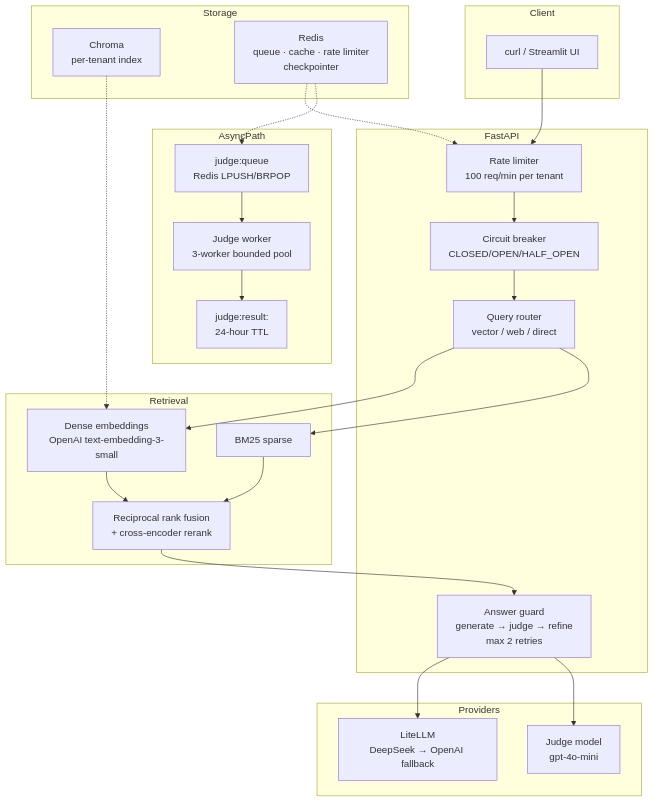
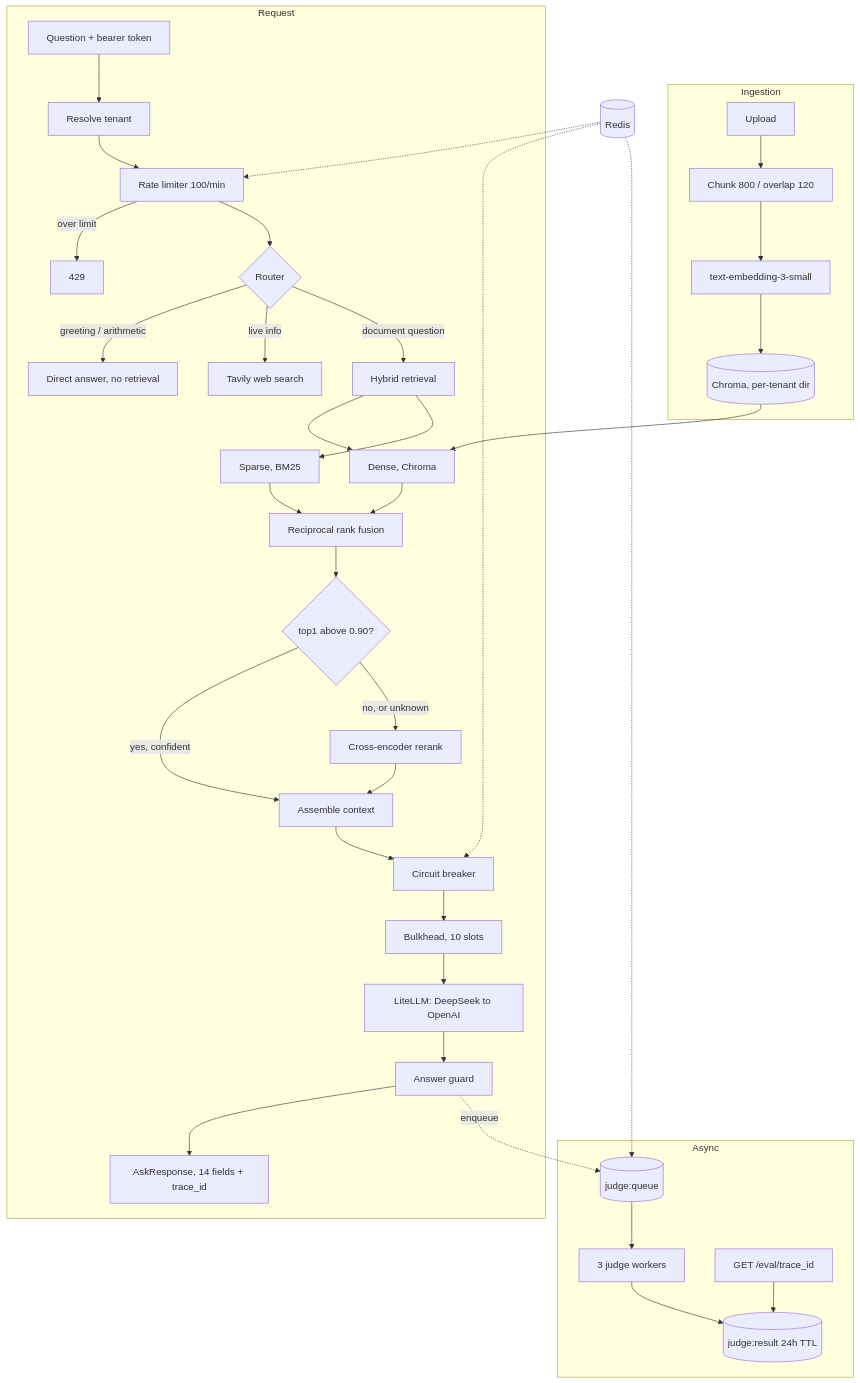
One commit to Amith-Ganta/tessera-multi-tenant-rag changed the first of 8 diagrams in README.md. Above: the diagram before and after it, drawn with Mermaid. The commit also changed other lines of this file, not shown here.

````diff
--- a/README.md
+++ b/README.md
@@ -25,46 +73,46 @@
 ```mermaid
-graph TB
-    subgraph Client
-        CL["curl / Streamlit UI"]
+flowchart TD
+    subgraph Ingestion
+        UP[Upload] --> CHK[Chunk 800 / overlap 120]
+        CHK --> EMB[text-embedding-3-small]
+        EMB --> CX[(Chroma, per-tenant dir)]
     end
 
-    subgraph FastAPI
-        RL["Rate limiter\n100 req/min per tenant"]
-        CB["Circuit breaker\nCLOSED/OPEN/HALF_OPEN"]
-        RT["Query router\nvector / web / direct"]
-        GRD["Answer guard\ngenerate → judge → refine\nmax 2 retries"]
+    subgraph Request
+        Q[Question + bearer token] --> TEN[Resolve tenant]
+        TEN --> RL[Rate limiter 100/min]
+        RL -->|over limit| R429[429]
+        RL --> RT{Router}
+        RT -->|greeting / arithmetic| DIR[Direct answer, no retrieval]
+        RT -->|live info| WEB[Tavily web search]
+        RT -->|document question| HY[Hybrid retrieval]
+
+        HY --> DEN[Dense, Chroma]
+        HY --> SPA[Sparse, BM25]
+        DEN --> RRF[Reciprocal rank fusion]
+        SPA --> RRF
+        CX --> DEN
+
+        RRF --> GATE{top1 above 0.90?}
+        GATE -->|yes, confident| CTX[Assemble context]
+        GATE -->|no, or unknown| CE[Cross-encoder rerank]
+        CE --> CTX
+
+        CTX --> CB[Circuit breaker]
+        CB --> BH[Bulkhead, 10 slots]
+        BH --> GEN[LiteLLM: DeepSeek to OpenAI]
+        GEN --> GRD[Answer guard]
+        GRD --> RESP[AskResponse, 14 fields + trace_id]
     end
 
-    subgraph Retrieval
-        DENSE["Dense embeddings\nOpenAI text-embedding-3-small"]
-        BM25["BM25 sparse"]
-        RR["Reciprocal rank fusion\n+ cross-encoder rerank"]
+    subgraph Async
+        GRD -.enqueue.-> JQ[(judge:queue)]
+        JQ --> JW[3 judge workers]
+        JW --> JR[(judge:result 24h TTL)]
+        EV[GET /eval/trace_id] --> JR
     end
 
-    subgraph Storage
-        CHROMA["Chroma\nper-tenant index"]
-        REDIS["Redis\nqueue · cache · rate limiter\ncheckpointer"]
-    end
-
-    subgraph Providers
-        LLM["LiteLLM\nDeepSeek → OpenAI fallback"]
-        JUDGE["Judge model\ngpt-4o-mini"]
-    end
-
-    subgraph AsyncPath
-        JQ["judge:queue\nRedis LPUSH/BRPOP"]
-        JW["Judge worker\n3-worker bounded pool"]
-        RS["judge:result:<trace_id>\n24-hour TTL"]
-    end
-
-    CL --> RL --> CB --> RT
-    RT --> DENSE --> RR
-    RT --> BM25 --> RR
-    RR --> GRD
-    GRD --> LLM
-    GRD --> JUDGE
-    CHROMA -.-> DENSE
-    REDIS -.-> RL
-    REDIS -.-> JQ
-    JQ --> JW --> RS
+    RD[(Redis)] -.-> RL
+    RD -.-> JQ
+    RD -.-> CB
 ```
````
